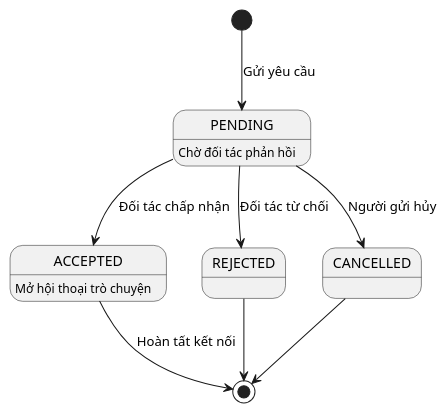
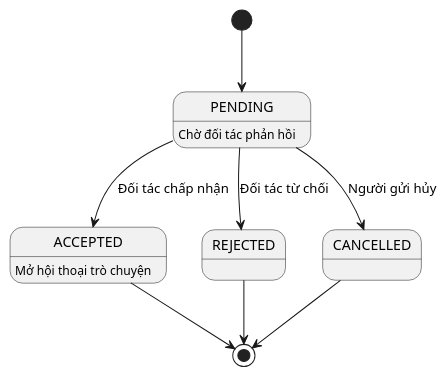
The fourth of 5 diagrams in .claude/skills/plantuml-diagrams/SKILL.md (kh4i-dev/sp-agent), drawn with PlantUML before and after one commit. The commit also changed other lines of this file and 264 other files, not shown here.

First line of the commit message:
feat(skills): add handdrawn-diagrams, diagram-pack, project-handbook, algo-flowchart, pptx-phan-tich-bai-toan, skill-feedback

````diff
--- a/.claude/skills/plantuml-diagrams/SKILL.md
+++ b/.claude/skills/plantuml-diagrams/SKILL.md
@@ -259,24 +277,24 @@
 ```plantuml
 @startuml
 skinparam monochrome true
 skinparam shadowing false
 
-[*] --> PENDING : Gửi yêu cầu
+[*] --> PENDING
 
 state PENDING {
   PENDING : Chờ đối tác phản hồi
 }
 
 PENDING --> ACCEPTED : Đối tác chấp nhận
 PENDING --> REJECTED : Đối tác từ chối
 PENDING --> CANCELLED : Người gửi hủy
 
 state ACCEPTED {
   ACCEPTED : Mở hội thoại trò chuyện
 }
 
-ACCEPTED --> [*] : Hoàn tất kết nối
+ACCEPTED --> [*]
 REJECTED --> [*]
 CANCELLED --> [*]
 @enduml
 ```
````
